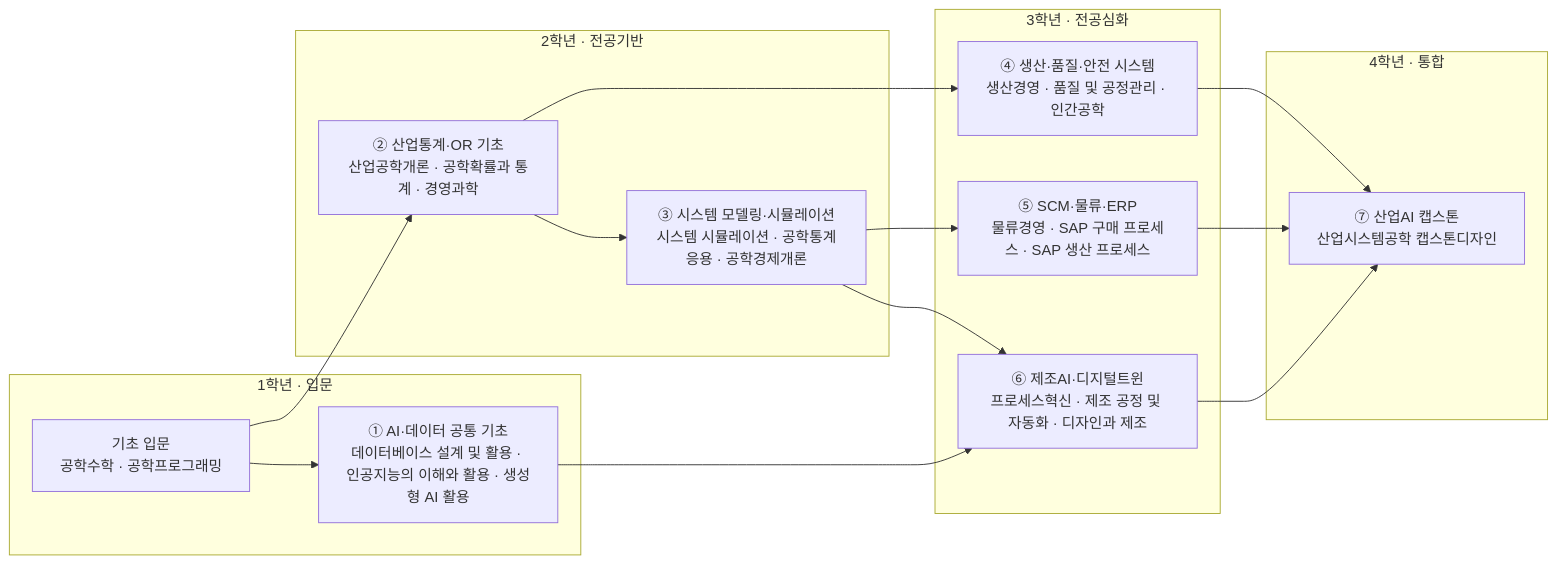
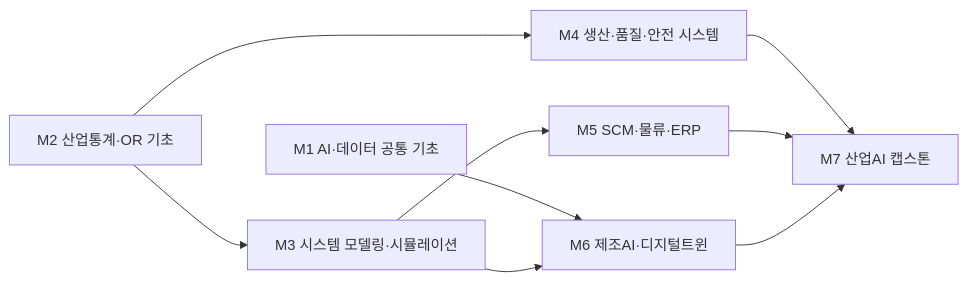
One commit to parclab-hsu/ai-curriculum-2026 changed the diagram in docs/it/industrial-engineering.md. Above: the diagram before and after it, drawn with Mermaid. The commit also changed other lines of this file and 22 other files, not shown here.

````diff
--- a/docs/it/industrial-engineering.md
+++ b/docs/it/industrial-engineering.md
@@ -135,29 +149,11 @@
 ```mermaid
 flowchart LR
-  subgraph Y1["1학년 · 입문"]
-    A0["기초 입문<br/>공학수학 · 공학프로그래밍"]
-    M1["① AI·데이터 공통 기초<br/>데이터베이스 설계 및 활용 · 인공지능의 이해와 활용 · 생성형 AI 활용"]
-  end
-  subgraph Y2["2학년 · 전공기반"]
-    M2["② 산업통계·OR 기초<br/>산업공학개론 · 공학확률과 통계 · 경영과학"]
-    M3["③ 시스템 모델링·시뮬레이션<br/>시스템 시뮬레이션 · 공학통계응용 · 공학경제개론"]
-  end
-  subgraph Y3["3학년 · 전공심화"]
-    M4["④ 생산·품질·안전 시스템<br/>생산경영 · 품질 및 공정관리 · 인간공학"]
-    M5["⑤ SCM·물류·ERP<br/>물류경영 · SAP 구매 프로세스 · SAP 생산 프로세스"]
-    M6["⑥ 제조AI·디지털트윈<br/>프로세스혁신 · 제조 공정 및 자동화 · 디자인과 제조"]
-  end
-  subgraph Y4["4학년 · 통합"]
-    CAP["⑦ 산업AI 캡스톤<br/>산업시스템공학 캡스톤디자인"]
-  end
-  A0 --> M1
-  A0 --> M2
-  M1 --> M6
-  M2 --> M3
-  M2 --> M4
+  M1["M1 AI·데이터 공통 기초"] --> M6["M6 제조AI·디지털트윈"]
+  M2["M2 산업통계·OR 기초"] --> M3["M3 시스템 모델링·시뮬레이션"]
+  M2 --> M4["M4 생산·품질·안전 시스템"]
+  M3 --> M5["M5 SCM·물류·ERP"]
   M3 --> M6
-  M3 --> M5
-  M4 --> CAP
-  M5 --> CAP
-  M6 --> CAP
+  M4 --> M7["M7 산업AI 캡스톤"]
+  M5 --> M7
+  M6 --> M7
 ```
````
